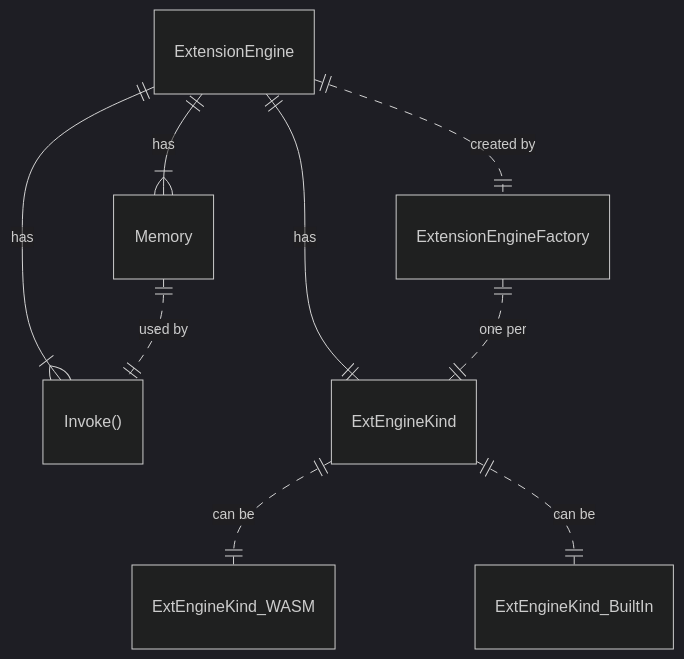
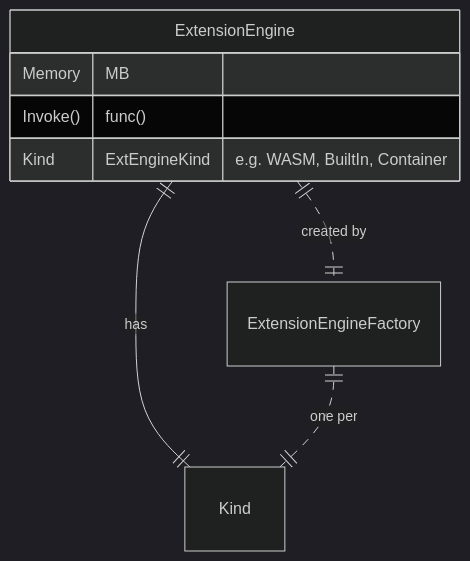
Before and after one commit to voedger/voedger: the seventh of 15 diagrams in design/README.md, drawn with Mermaid (dark theme). The commit also changed other lines of this file, not shown here.

````diff
--- a/design/README.md
+++ b/design/README.md
@@ -270,12 +270,12 @@
 ```mermaid
     erDiagram
+    ExtensionEngine {
+      Memory MB
+      Invoke() func()
+      Kind ExtEngineKind  "e.g. WASM, BuiltIn, Container"
+    }
     ExtensionEngine ||..|| ExtensionEngineFactory : "created by"
-    ExtensionEngine ||--|{ Memory: "has"
-    ExtensionEngine ||--|{ "Invoke()": "has"
-    ExtensionEngine ||--|| ExtEngineKind: has
-    ExtensionEngineFactory ||..|| ExtEngineKind : "one per"
-    ExtEngineKind ||..|| ExtEngineKind_WASM: "can be"
-    ExtEngineKind ||..|| ExtEngineKind_BuiltIn: "can be"
+    ExtensionEngine ||--|| Kind: has
+    ExtensionEngineFactory ||..|| Kind : "one per"
 
-    Memory ||..|| "Invoke()": "used by"
 ```
````
